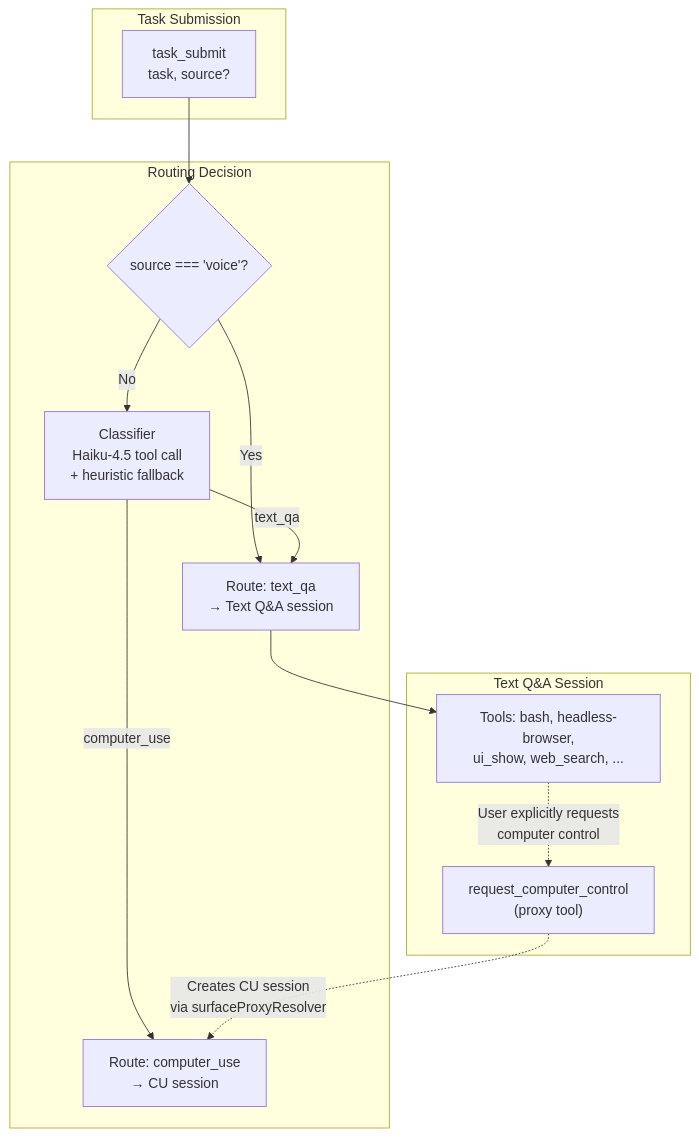
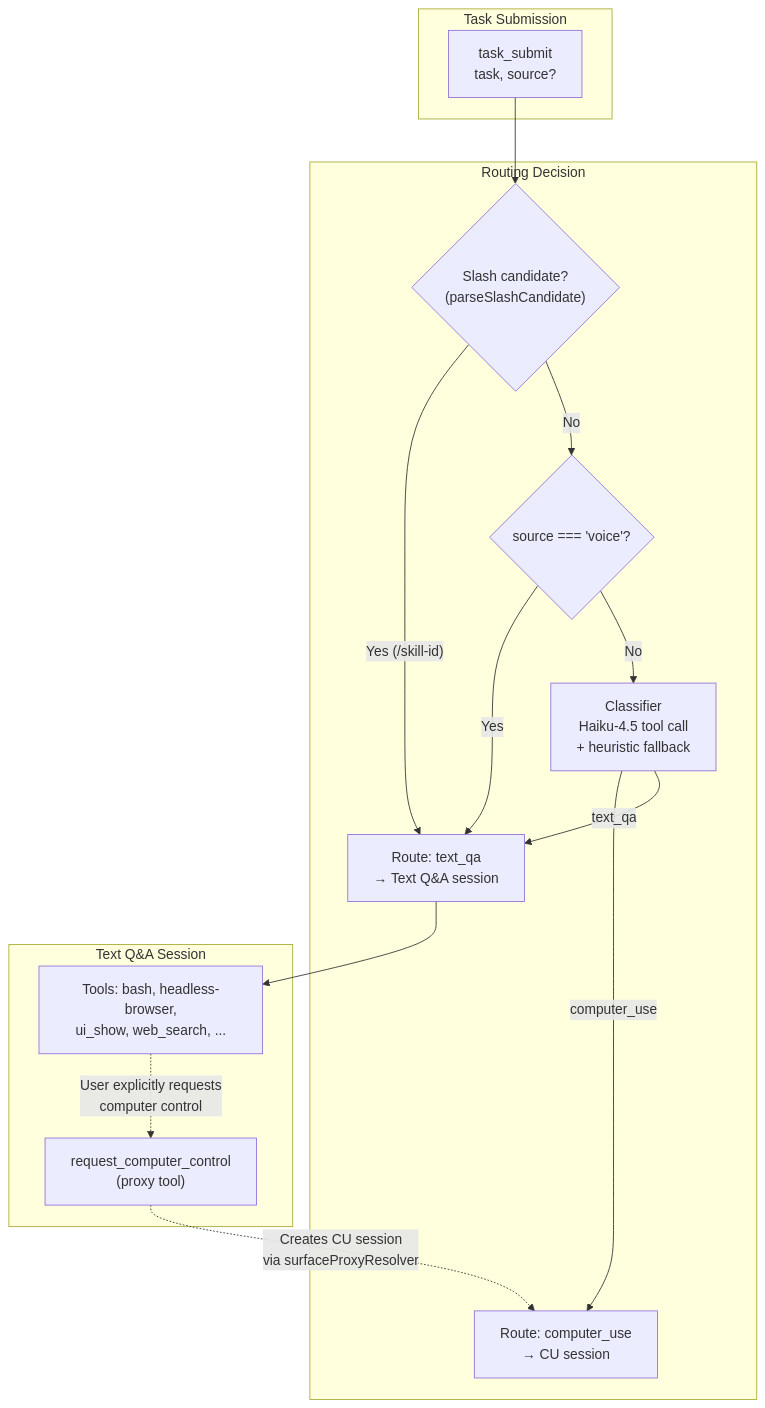
The eighth of 10 diagrams in ARCHITECTURE.md (vellum-ai/vellum-assistant), drawn with Mermaid before and after one commit. The commit also changed other lines of this file, not shown here.

First line of the commit message:
docs(architecture): add slash command resolution flow

````diff
--- a/ARCHITECTURE.md
+++ b/ARCHITECTURE.md
@@ -643,28 +643,31 @@
 ```mermaid
 graph TB
     subgraph "Task Submission"
         SUBMIT["task_submit<br/>task, source?"]
     end
 
     subgraph "Routing Decision"
+        SLASH_CHECK{"Slash candidate?<br/>(parseSlashCandidate)"}
         VOICE_CHECK{"source === 'voice'?"}
         CLASSIFIER["Classifier<br/>Haiku-4.5 tool call<br/>+ heuristic fallback"]
         CU_ROUTE["Route: computer_use<br/>→ CU session"]
         QA_ROUTE["Route: text_qa<br/>→ Text Q&A session"]
     end
 
     subgraph "Text Q&A Session"
         TEXT_TOOLS["Tools: bash, headless-browser,<br/>ui_show, web_search, ..."]
         ESCALATE["request_computer_control<br/>(proxy tool)"]
     end
 
-    SUBMIT --> VOICE_CHECK
+    SUBMIT --> SLASH_CHECK
+    SLASH_CHECK -->|"Yes (/skill-id)"| QA_ROUTE
+    SLASH_CHECK -->|"No"| VOICE_CHECK
     VOICE_CHECK -->|"Yes"| QA_ROUTE
     VOICE_CHECK -->|"No"| CLASSIFIER
     CLASSIFIER -->|"computer_use"| CU_ROUTE
     CLASSIFIER -->|"text_qa"| QA_ROUTE
 
     QA_ROUTE --> TEXT_TOOLS
     TEXT_TOOLS -.->|"User explicitly requests<br/>computer control"| ESCALATE
     ESCALATE -.->|"Creates CU session<br/>via surfaceProxyResolver"| CU_ROUTE
 ```
````
